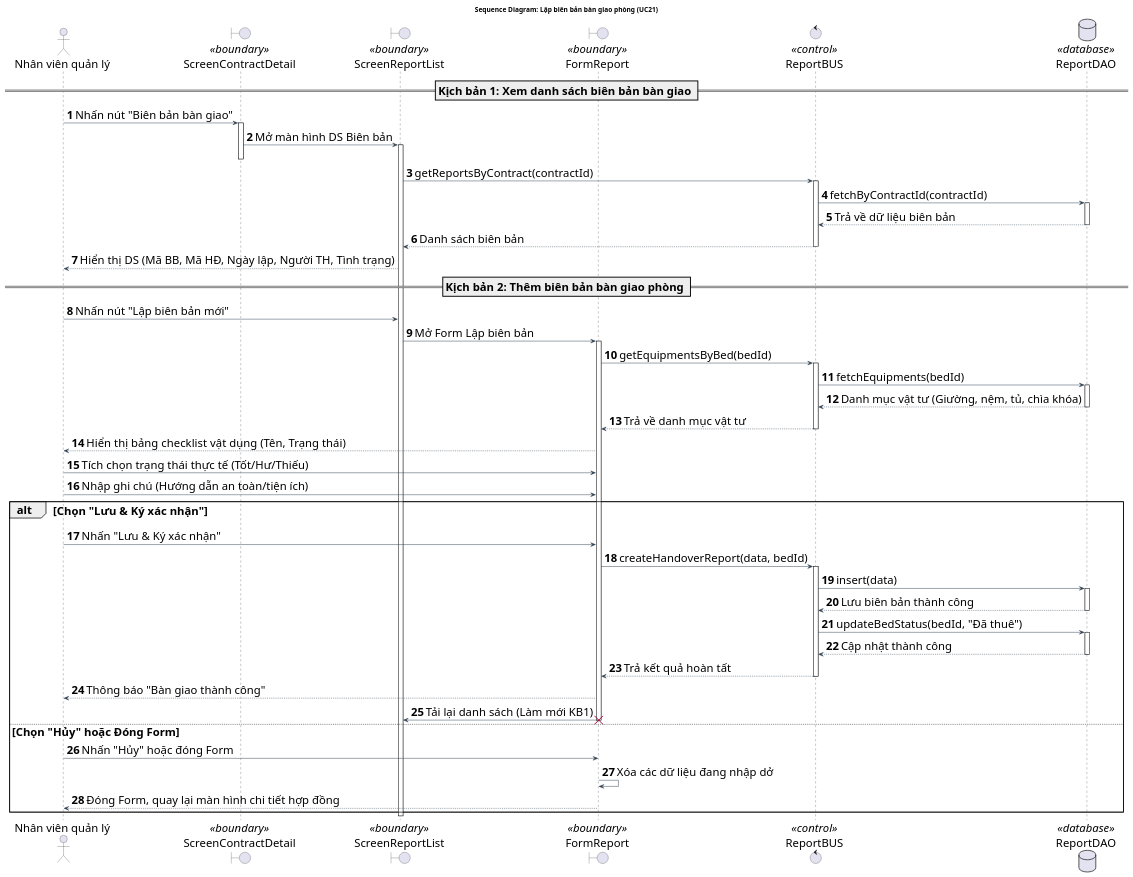
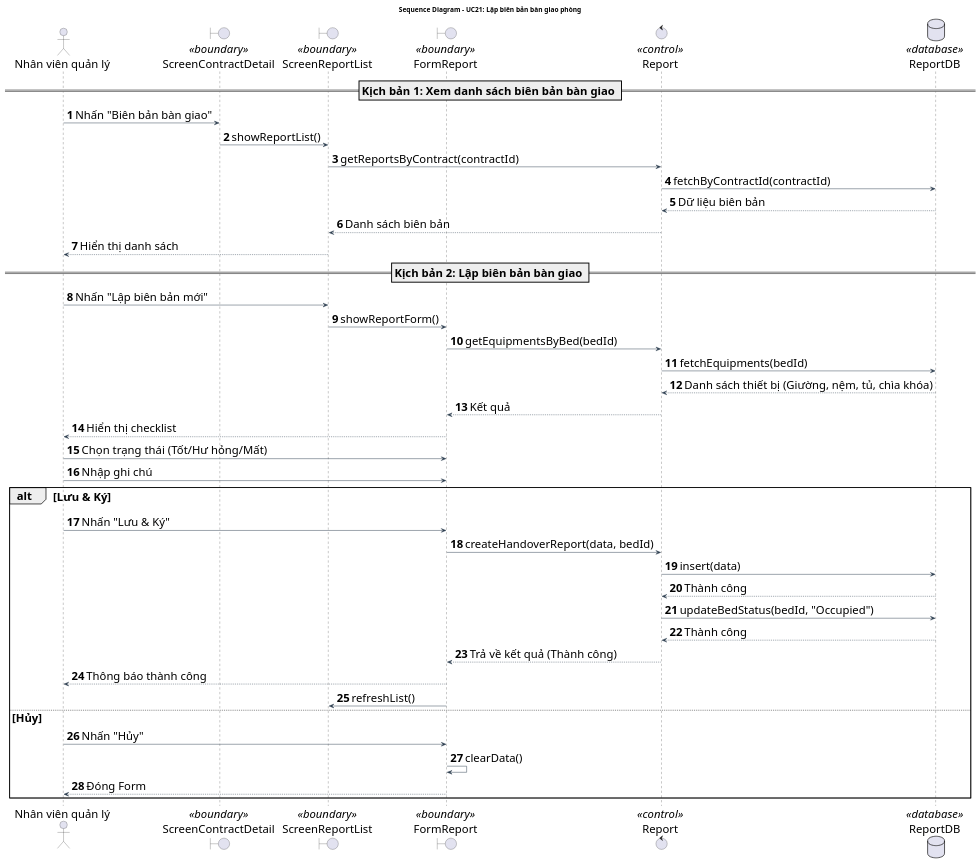
One commit to Gnourt812005/HCMUS-Analyze-and-desgin-IS changed the diagram in doc/system/bien_ban_ban_giao_phong/bien_ban_ban_giao_phong_sequence.wsd. Above: the diagram before and after it, drawn with PlantUML. The commit also changed 48 other files, not shown here.

Commit message:
sys-uc: align format diagram

```diff
--- a/doc/system/bien_ban_ban_giao_phong/bien_ban_ban_giao_phong_sequence.wsd
+++ b/doc/system/bien_ban_ban_giao_phong/bien_ban_ban_giao_phong_sequence.wsd
@@ -1,92 +1,67 @@
 @startuml QuanLyBienBan_SequenceDiagram_Updated
-title Sequence Diagram: Lập biên bản bàn giao phòng (UC21)
+title Sequence Diagram - UC21: Lập biên bản bàn giao phòng
 
 ' --- STYLE CONFIGURATION ---
 skinparam {
     BackgroundColor White
     ArrowColor #2D3E50
     DefaultFontName "Arial"
     DefaultFontSize 24
     ParticipantPadding 20
     BoxPadding 10
 }
 
 actor "Nhân viên quản lý" as Actor
 boundary "ScreenContractDetail" as DetailGUI <<boundary>>
 boundary "ScreenReportList" as ListGUI <<boundary>>
 boundary "FormReport" as FormGUI <<boundary>>
-control "ReportBUS" as BUS <<control>>
-database "ReportDAO" as DAO <<database>>
+control "Report" as BUS <<control>>
+database "ReportDB" as DB <<database>>
 
 autonumber
 
 == Kịch bản 1: Xem danh sách biên bản bàn giao ==
-Actor -> DetailGUI: Nhấn nút "Biên bản bàn giao"
-activate DetailGUI
-DetailGUI -> ListGUI: Mở màn hình DS Biên bản
-activate ListGUI
-deactivate DetailGUI
+Actor -> DetailGUI: Nhấn "Biên bản bàn giao"
+DetailGUI -> ListGUI: showReportList()
+ListGUI -> BUS: getReportsByContract(contractId)
+BUS -> DB: fetchByContractId(contractId)
+DB --> BUS: Dữ liệu biên bản
+BUS --> ListGUI: Danh sách biên bản
+ListGUI --> Actor: Hiển thị danh sách
 
-ListGUI -> BUS: getReportsByContract(contractId)
-activate BUS
-BUS -> DAO: fetchByContractId(contractId)
-activate DAO
-DAO --> BUS: Trả về dữ liệu biên bản
-deactivate DAO
-BUS --> ListGUI: Danh sách biên bản
-deactivate BUS
+== Kịch bản 2: Lập biên bản bàn giao ==
+Actor -> ListGUI: Nhấn "Lập biên bản mới"
+ListGUI -> FormGUI: showReportForm()
 
-ListGUI --> Actor: Hiển thị DS (Mã BB, Mã HĐ, Ngày lập, Người TH, Tình trạng)
+' --- Tự động lấy danh sách thiết bị ---
+FormGUI -> BUS: getEquipmentsByBed(bedId)
+BUS -> DB: fetchEquipments(bedId)
+DB --> BUS: Danh sách thiết bị (Giường, nệm, tủ, chìa khóa)
+BUS --> FormGUI: Kết quả
+FormGUI --> Actor: Hiển thị checklist
 
-== Kịch bản 2: Thêm biên bản bàn giao phòng ==
-Actor -> ListGUI: Nhấn nút "Lập biên bản mới"
-ListGUI -> FormGUI: Mở Form Lập biên bản
-activate FormGUI
+' --- Hành động của người dùng ---
+Actor -> FormGUI: Chọn trạng thái (Tốt/Hư hỏng/Mất)
+Actor -> FormGUI: Nhập ghi chú
 
-' --- Truy xuất vật tư tự động ---
-FormGUI -> BUS: getEquipmentsByBed(bedId)
-activate BUS
-BUS -> DAO: fetchEquipments(bedId)
-activate DAO
-DAO --> BUS: Danh mục vật tư (Giường, nệm, tủ, chìa khóa)
-deactivate DAO
-BUS --> FormGUI: Trả về danh mục vật tư
-deactivate BUS
-
-FormGUI --> Actor: Hiển thị bảng checklist vật dụng (Tên, Trạng thái)
-
-' --- Thao tác người dùng ---
-Actor -> FormGUI: Tích chọn trạng thái thực tế (Tốt/Hư/Thiếu)
-Actor -> FormGUI: Nhập ghi chú (Hướng dẫn an toàn/tiện ích)
-
-alt Chọn "Lưu & Ký xác nhận"
-    Actor -> FormGUI: Nhấn "Lưu & Ký xác nhận"
+alt Lưu & Ký
+    Actor -> FormGUI: Nhấn "Lưu & Ký"
     FormGUI -> BUS: createHandoverReport(data, bedId)
-    activate BUS
     
-    ' Transaction: Lưu BB và Cập nhật Giường
-    BUS -> DAO: insert(data)
-    activate DAO
-    DAO --> BUS: Lưu biên bản thành công
-    deactivate DAO
+    ' Transaction: Chèn biên bản và cập nhật trạng thái giường
+    BUS -> DB: insert(data)
+    DB --> BUS: Thành công
     
-    BUS -> DAO: updateBedStatus(bedId, "Đã thuê")
-    activate DAO
-    DAO --> BUS: Cập nhật thành công
-    deactivate DAO
+    BUS -> DB: updateBedStatus(bedId, "Occupied")
+    DB --> BUS: Thành công
     
-    BUS --> FormGUI: Trả kết quả hoàn tất
-    deactivate BUS
-    
-    FormGUI --> Actor: Thông báo "Bàn giao thành công"
-    FormGUI -> ListGUI: Tải lại danh sách (Làm mới KB1)
-    destroy FormGUI
-
-else Chọn "Hủy" hoặc Đóng Form
-    Actor -> FormGUI: Nhấn "Hủy" hoặc đóng Form
-    FormGUI -> FormGUI: Xóa các dữ liệu đang nhập dở
-    FormGUI --> Actor: Đóng Form, quay lại màn hình chi tiết hợp đồng
-    deactivate FormGUI
+    BUS --> FormGUI: Trả về kết quả (Thành công)
+    FormGUI --> Actor: Thông báo thành công
+    FormGUI -> ListGUI: refreshList()
+else Hủy
+    Actor -> FormGUI: Nhấn "Hủy"
+    FormGUI -> FormGUI: clearData()
+    FormGUI --> Actor: Đóng Form
 end
 
 @enduml
```
